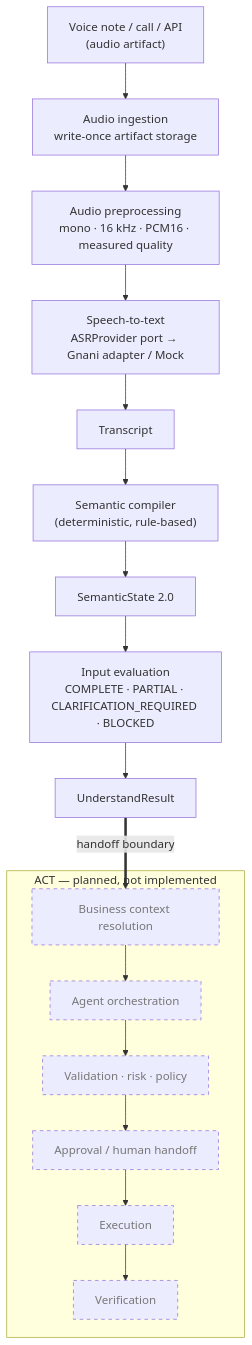
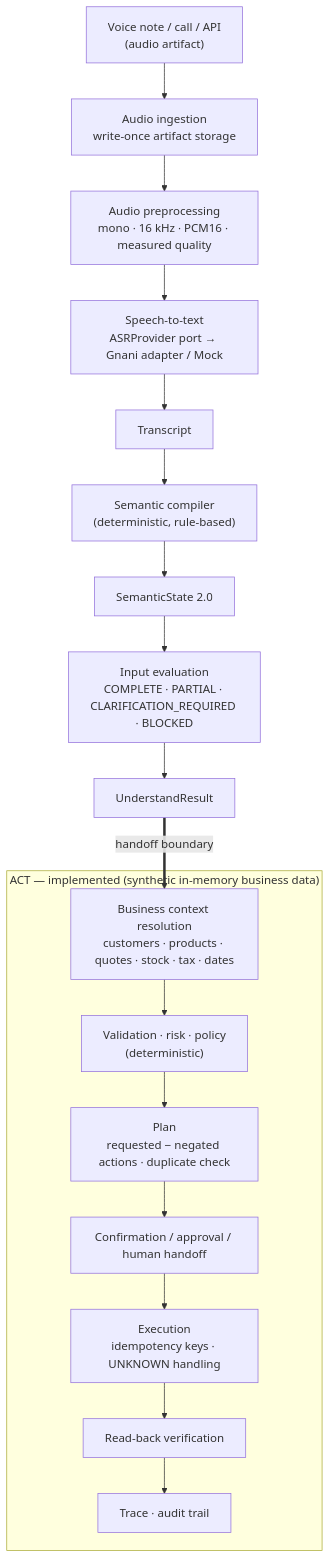
Before and after one commit to VaaniOS/VaaniOS: the diagram in README.md, drawn with Mermaid. The commit also changed other lines of this file and 29 other files, not shown here.

Commit message:
feat(p2): harden business execution safety

````diff
--- a/README.md
+++ b/README.md
@@ -77,24 +77,22 @@
 ```mermaid
 flowchart TD
     IN["Voice note / call / API<br/>(audio artifact)"] --> ING["Audio ingestion<br/>write-once artifact storage"]
     ING --> PRE["Audio preprocessing<br/>mono · 16 kHz · PCM16 · measured quality"]
     PRE --> ASR["Speech-to-text<br/>ASRProvider port → Gnani adapter / Mock"]
     ASR --> TR["Transcript"]
     TR --> SC["Semantic compiler<br/>(deterministic, rule-based)"]
     SC --> SS["SemanticState 2.0"]
     SS --> EV["Input evaluation<br/>COMPLETE · PARTIAL · CLARIFICATION_REQUIRED · BLOCKED"]
     EV --> UR["UnderstandResult"]
 
     UR ==>|"handoff boundary"| CTX
 
-    subgraph ACT ["ACT — planned, not implemented"]
-        CTX["Business context resolution"] --> AG["Agent orchestration"]
-        AG --> VAL["Validation · risk · policy"]
-        VAL --> APR["Approval / human handoff"]
-        APR --> EXE["Execution"]
-        EXE --> VER["Verification"]
+    subgraph ACT ["ACT — implemented (synthetic in-memory business data)"]
+        CTX["Business context resolution<br/>customers · products · quotes · stock · tax · dates"] --> VAL["Validation · risk · policy<br/>(deterministic)"]
+        VAL --> PLAN["Plan<br/>requested − negated actions · duplicate check"]
+        PLAN --> APR["Confirmation / approval / human handoff"]
+        APR --> EXE["Execution<br/>idempotency keys · UNKNOWN handling"]
+        EXE --> VER["Read-back verification"]
+        VER --> AUD["Trace · audit trail"]
     end
-
-    classDef planned stroke-dasharray: 5 5,color:#777
-    class CTX,AG,VAL,APR,EXE,VER planned
 ```
````
